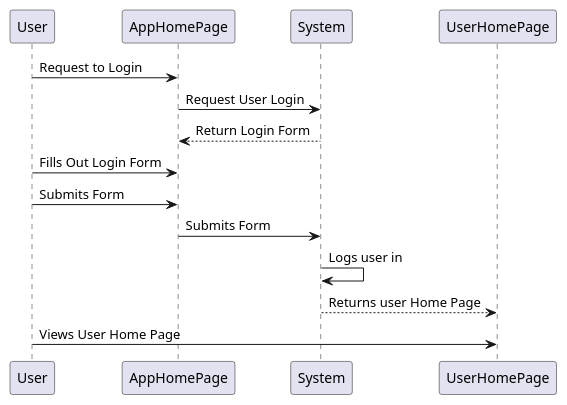
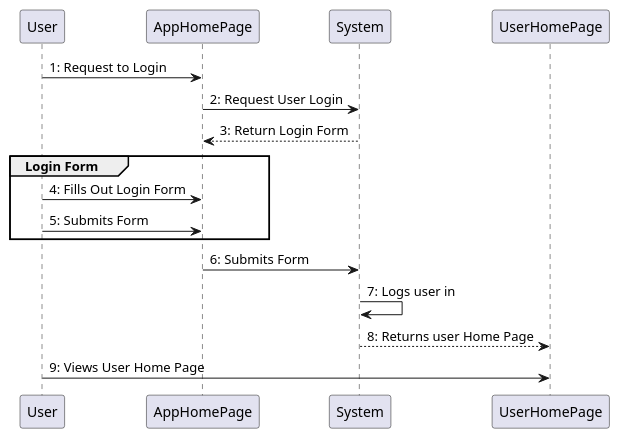
The diagram in app/UML/Login DSSD.puml (sap0034/COMP3710Project-RecipeGuru), drawn with PlantUML before and after one commit. The commit also changed 12 other files, not shown here.

Commit message:
Added new diagrams and updated existing diagrams

```diff
--- a/app/UML/Login DSSD.puml
+++ b/app/UML/Login DSSD.puml
@@ -1,13 +1,15 @@
 @startuml
-       User -> AppHomePage: Request to Login
-       AppHomePage -> System: Request User Login
+       User -> AppHomePage: 1: Request to Login
+       AppHomePage -> System: 2: Request User Login
 
-       System --> AppHomePage: Return Login Form
-       User -> AppHomePage: Fills Out Login Form
-       User -> AppHomePage: Submits Form
-       AppHomePage -> System: Submits Form
+       System --> AppHomePage: 3: Return Login Form
+       group Login Form
+       User -> AppHomePage: 4: Fills Out Login Form
+       User -> AppHomePage: 5: Submits Form
+       end
+       AppHomePage -> System: 6: Submits Form
 
-       System -> System: Logs user in
-       System --> UserHomePage: Returns user Home Page
-       User -> UserHomePage: Views User Home Page
+       System -> System: 7: Logs user in
+       System --> UserHomePage: 8: Returns user Home Page
+       User -> UserHomePage: 9: Views User Home Page
 @enduml
```
